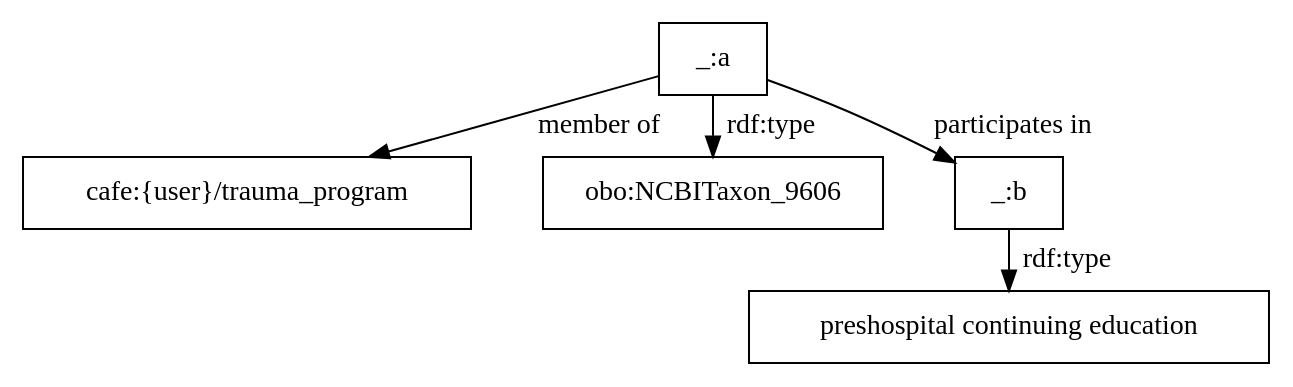
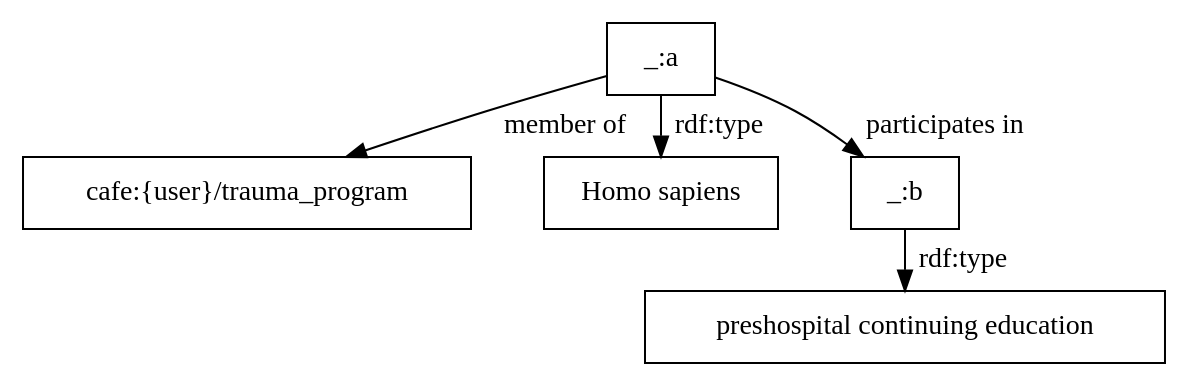
Before and after one commit to utecht/dideo-server: the diagram in cafe/graphs/133.dot, drawn with Graphviz. The commit also changed 15 other files, not shown here.

Commit message:
changed graphs and definitions

```diff
--- a/cafe/graphs/133.dot
+++ b/cafe/graphs/133.dot
@@ -1,7 +1,7 @@
 digraph g { node [shape=rectangle];
 graph [splines=true, nodesep=.5, ranksep=0, overlap=false];
 "_:a" -> "cafe:{user}/trauma_program" [label="member of"]
-"_:a" -> "obo:NCBITaxon_9606" [label="rdf:type"]
+"_:a" -> "Homo sapiens" [label="rdf:type"]
 "_:a" -> "_:b" [label="participates in"]
 "_:b" -> "preshospital continuing education" [label="rdf:type"]
 }
```
